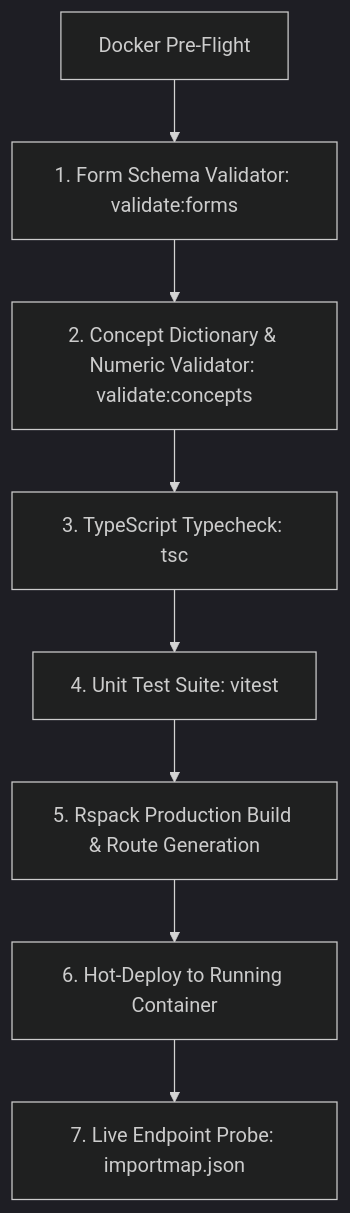
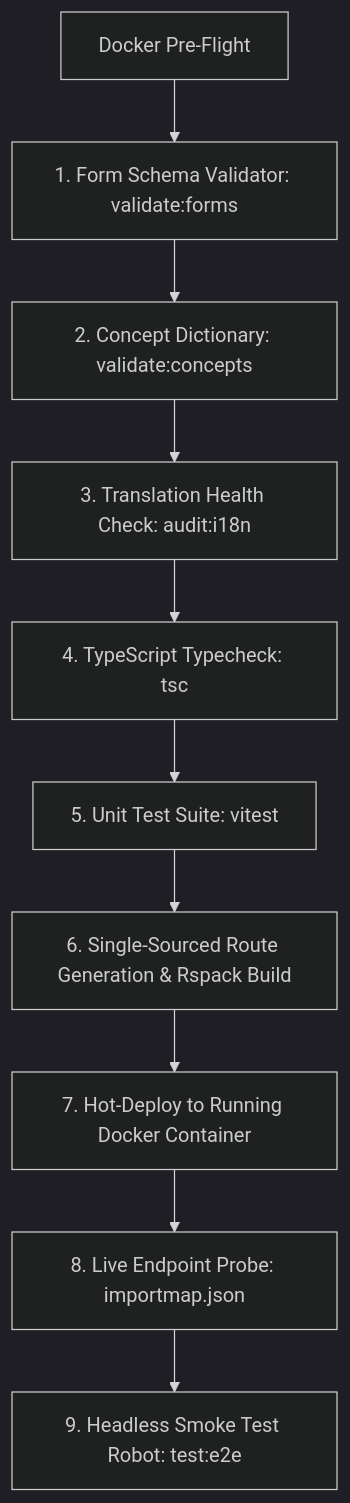
One commit to MET4L-DS/open-mrs changed the second of 2 diagrams in docs/records/2026-10-14/presentation_notes.md. Above: the diagram before and after it, drawn with Mermaid (dark theme). The commit also changed other lines of this file and 3 other files, not shown here.

````diff
--- a/docs/records/2026-10-14/presentation_notes.md
+++ b/docs/records/2026-10-14/presentation_notes.md
@@ -42,10 +49,12 @@
 ```mermaid
 flowchart TD
     Pre[Docker Pre-Flight] --> Gate1[1. Form Schema Validator: validate:forms]
-    Gate1 --> Gate2[2. Concept Dictionary & Numeric Validator: validate:concepts]
-    Gate2 --> Gate3[3. TypeScript Typecheck: tsc]
-    Gate3 --> Gate4[4. Unit Test Suite: vitest]
-    Gate4 --> Build[5. Rspack Production Build & Route Generation]
-    Build --> Deploy[6. Hot-Deploy to Running Container]
-    Deploy --> Probe[7. Live Endpoint Probe: importmap.json]
+    Gate1 --> Gate2[2. Concept Dictionary: validate:concepts]
+    Gate2 --> Gate3[3. Translation Health Check: audit:i18n]
+    Gate3 --> Gate4[4. TypeScript Typecheck: tsc]
+    Gate4 --> Gate5[5. Unit Test Suite: vitest]
+    Gate5 --> Build[6. Single-Sourced Route Generation & Rspack Build]
+    Build --> Deploy[7. Hot-Deploy to Running Docker Container]
+    Deploy --> Probe[8. Live Endpoint Probe: importmap.json]
+    Probe --> E2E[9. Headless Smoke Test Robot: test:e2e]
 ```
````
